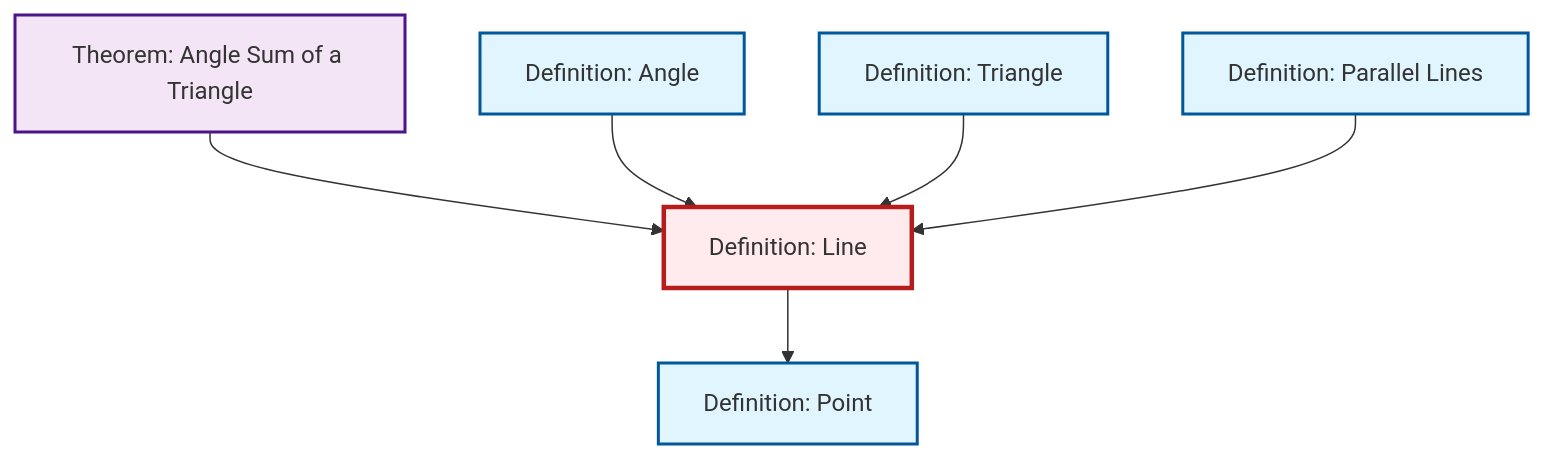
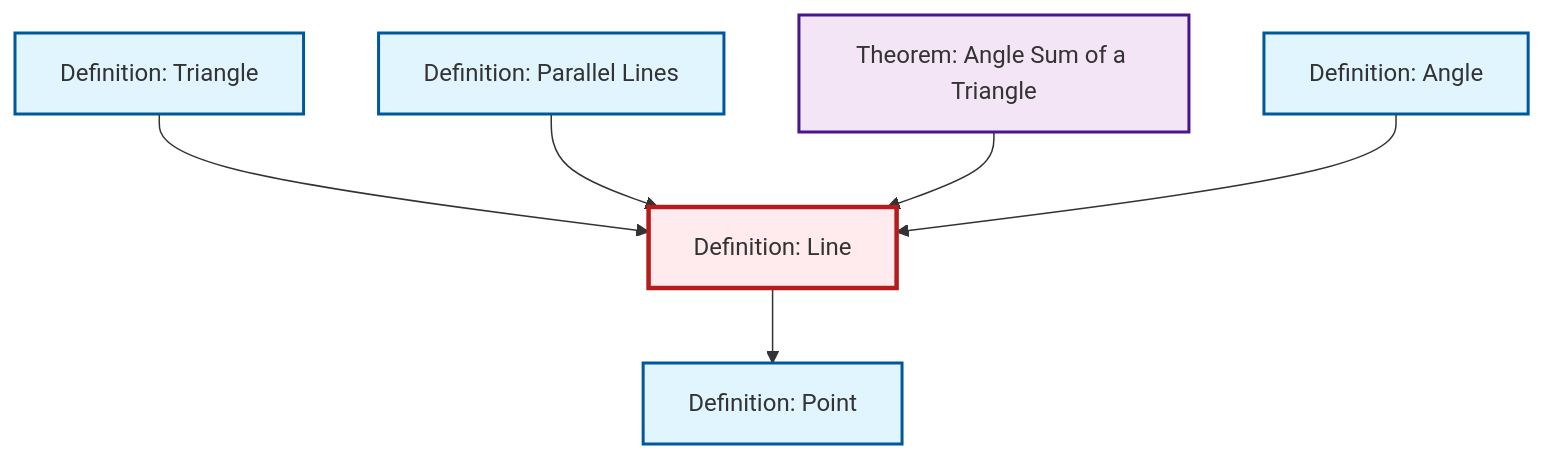
Before and after one commit to RK0429/ModernMath: the diagram in content/en/geometry/def-line.qmd, drawn with Mermaid. The commit also changed other lines of this file and 615 other files, not shown here.

````diff
--- a/content/en/geometry/def-line.qmd
+++ b/content/en/geometry/def-line.qmd
@@ -45,26 +45,26 @@
 ```{mermaid}
 %%| fig-cap: "Local dependency graph"
 graph TD
     classDef definition fill:#e1f5fe,stroke:#01579b,stroke-width:2px
     classDef theorem fill:#f3e5f5,stroke:#4a148c,stroke-width:2px
     classDef axiom fill:#fff3e0,stroke:#e65100,stroke-width:2px
     classDef example fill:#e8f5e9,stroke:#1b5e20,stroke-width:2px
     classDef current fill:#ffebee,stroke:#b71c1c,stroke-width:3px
+    def-line["Definition: Line"]:::definition
     def-triangle["Definition: Triangle"]:::definition
+    thm-angle-sum-triangle["Theorem: Angle Sum of a Triangle"]:::theorem
+    def-parallel["Definition: Parallel Lines"]:::definition
+    def-angle["Definition: Angle"]:::definition
     def-point["Definition: Point"]:::definition
-    def-line["Definition: Line"]:::definition
-    def-parallel["Definition: Parallel Lines"]:::definition
-    thm-angle-sum-triangle["Theorem: Angle Sum of a Triangle"]:::theorem
-    def-angle["Definition: Angle"]:::definition
-    thm-angle-sum-triangle --> def-line
-    def-angle --> def-line
     def-line --> def-point
     def-triangle --> def-line
     def-parallel --> def-line
+    thm-angle-sum-triangle --> def-line
+    def-angle --> def-line
     class def-line current
     click def-triangle "def-triangle.html" "Go to Triangle definition"
+    click thm-angle-sum-triangle "thm-angle-sum-triangle.html" "Go to Angle Sum of a Triangle theorem"
+    click def-parallel "def-parallel.html" "Go to Parallel Lines definition"
+    click def-angle "def-angle.html" "Go to Angle definition"
     click def-point "def-point.html" "Go to Point definition"
-    click def-parallel "def-parallel.html" "Go to Parallel Lines definition"
-    click thm-angle-sum-triangle "thm-angle-sum-triangle.html" "Go to Angle Sum of a Triangle theorem"
-    click def-angle "def-angle.html" "Go to Angle definition"
 ```
````
